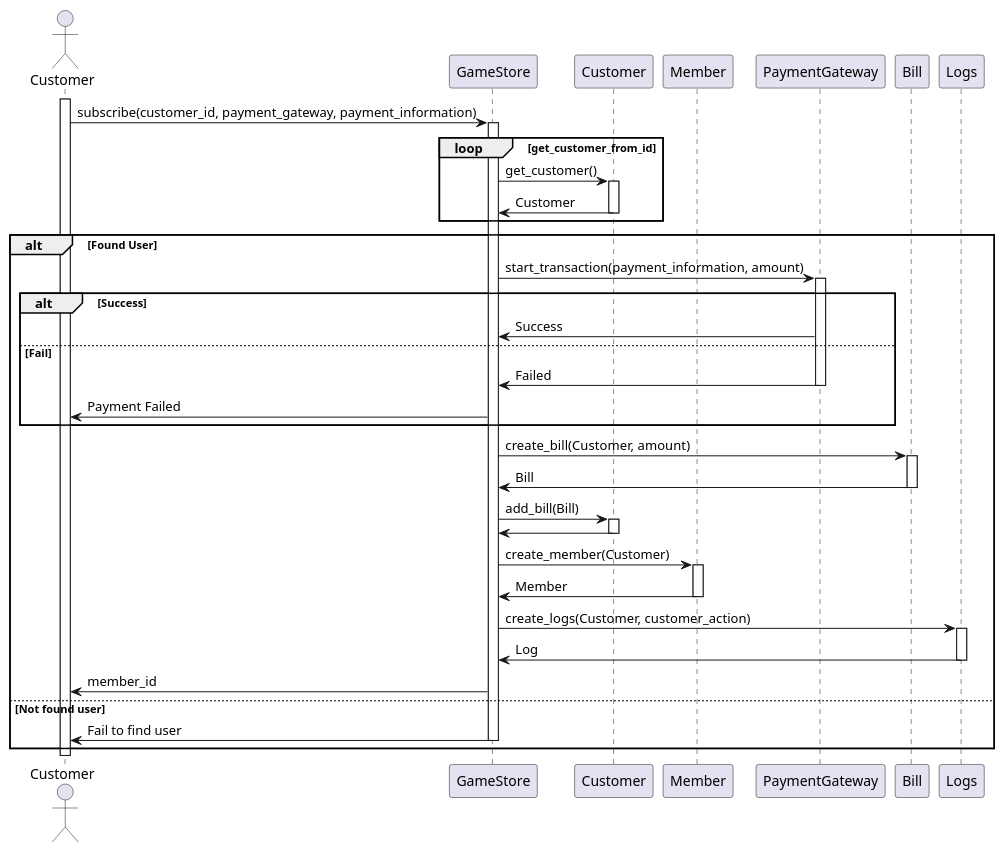
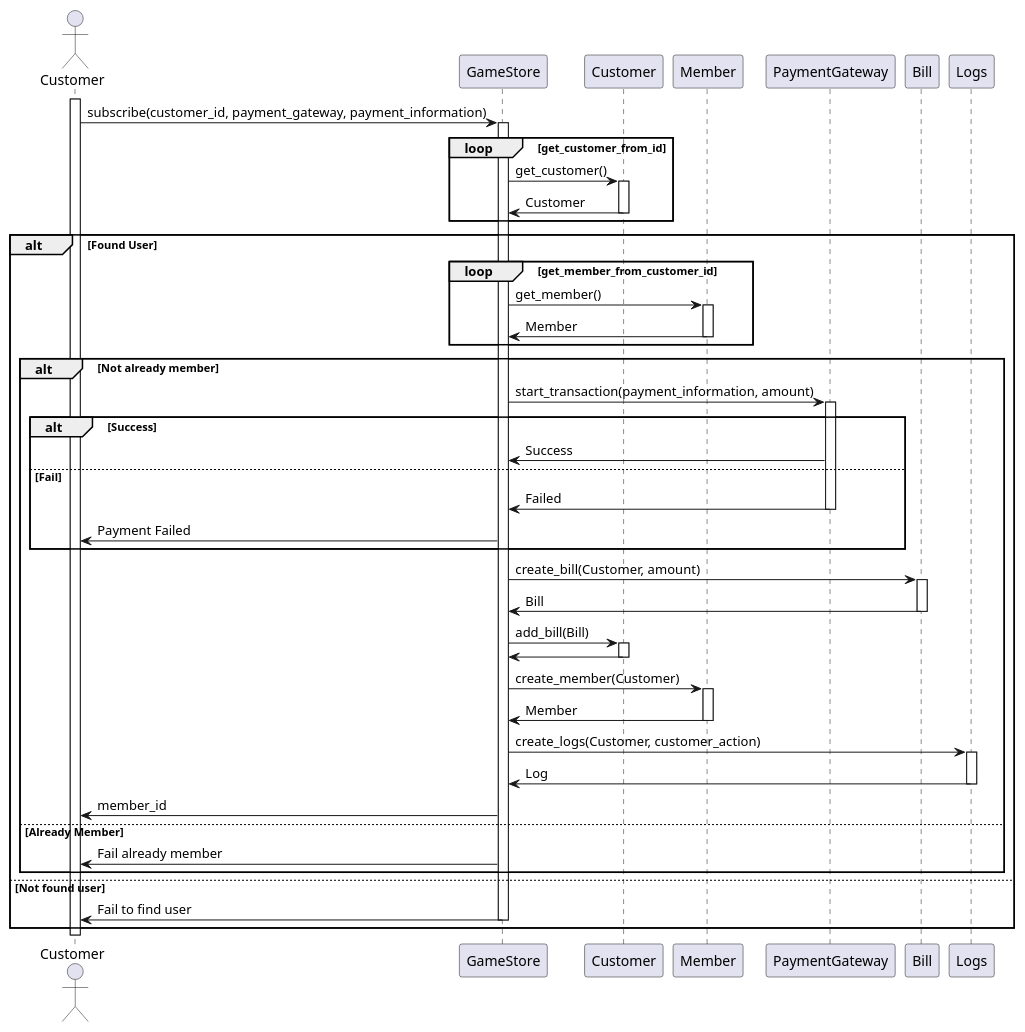
Before and after one commit to WaroonRagwongsiri/OOP_Project: the diagram in SequenceDiagram/sequence_diagram_subscribe.puml, drawn with PlantUML. The commit also changed 4 other files, not shown here.

Commit message:
finished up everything for subscribe and create_game_disc

```diff
--- a/SequenceDiagram/sequence_diagram_subscribe.puml
+++ b/SequenceDiagram/sequence_diagram_subscribe.puml
@@ -1,78 +1,96 @@
 @startuml UsecaseSequenceDiagram
 
 actor Customer as A_Customer
 participant GameStore
 participant Customer as P_Customer
 participant Member
 participant PaymentGateway
 participant Bill
 participant Logs
 
 activate A_Customer
 
 A_Customer -> GameStore : subscribe(customer_id, payment_gateway, payment_information)
 activate GameStore
 
 loop get_customer_from_id
 
 	GameStore -> P_Customer : get_customer()
 	activate P_Customer
 
 	P_Customer -> GameStore : Customer
 	deactivate P_Customer
 
 end
 
 alt Found User
 
-	GameStore -> PaymentGateway : start_transaction(payment_information, amount)
-	activate PaymentGateway
+	loop get_member_from_customer_id
 
-	alt Success
+		GameStore -> Member : get_member()
+		activate Member
 
-		PaymentGateway -> GameStore : Success
-
-	else Fail
-
-		PaymentGateway -> GameStore : Failed
-		deactivate PaymentGateway
-
-		GameStore -> A_Customer : Payment Failed
+		Member -> GameStore : Member
+		deactivate Member
 
 	end
 
-	GameStore -> Bill : create_bill(Customer, amount)
-	activate Bill
+	alt Not already member
 
-	Bill -> GameStore : Bill
-	deactivate Bill
+		GameStore -> PaymentGateway : start_transaction(payment_information, amount)
+		activate PaymentGateway
 
-	GameStore -> P_Customer : add_bill(Bill)
-	activate P_Customer
+		alt Success
 
-	P_Customer -> GameStore
-	deactivate P_Customer
+			PaymentGateway -> GameStore : Success
 
-	GameStore -> Member : create_member(Customer)
-	activate Member
+		else Fail
 
-	Member -> GameStore : Member
-	deactivate Member
+			PaymentGateway -> GameStore : Failed
+			deactivate PaymentGateway
 
-	GameStore -> Logs : create_logs(Customer, customer_action)
-	activate Logs
+			GameStore -> A_Customer : Payment Failed
 
-	Logs -> GameStore : Log
-	deactivate Logs
+		end
 
-	GameStore -> A_Customer : member_id
+		GameStore -> Bill : create_bill(Customer, amount)
+		activate Bill
+
+		Bill -> GameStore : Bill
+		deactivate Bill
+
+		GameStore -> P_Customer : add_bill(Bill)
+		activate P_Customer
+
+		P_Customer -> GameStore
+		deactivate P_Customer
+
+		GameStore -> Member : create_member(Customer)
+		activate Member
+
+		Member -> GameStore : Member
+		deactivate Member
+
+		GameStore -> Logs : create_logs(Customer, customer_action)
+		activate Logs
+
+		Logs -> GameStore : Log
+		deactivate Logs
+
+		GameStore -> A_Customer : member_id
+
+	else Already Member
+
+		GameStore -> A_Customer : Fail already member
+
+	end
 
 else Not found user
 
 	GameStore -> A_Customer : Fail to find user
 	deactivate GameStore
 end
 
 deactivate A_Customer
 
 @enduml
```
